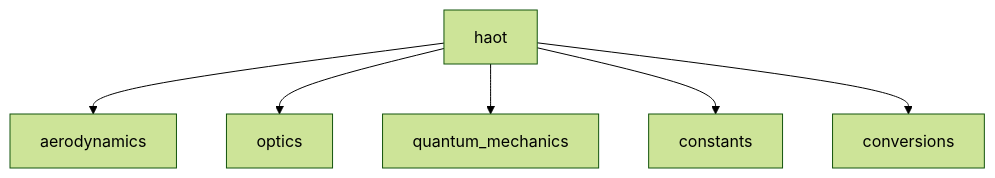
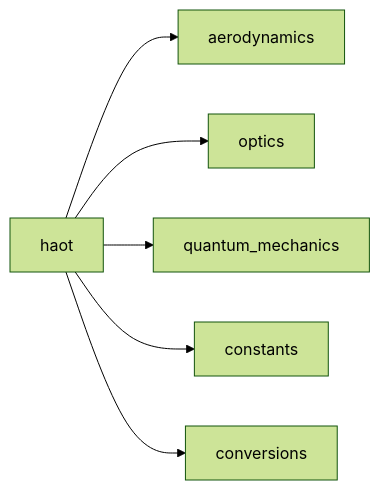
One commit to mliza/HAOT changed the diagram in README.md. Above: the diagram before and after it, drawn with Mermaid (forest theme).

````diff
--- a/README.md
+++ b/README.md
@@ -6,8 +6,8 @@
 ```mermaid
-flowchart TD
+flowchart LR
   haot --> aerodynamics
   haot --> optics
   haot --> quantum_mechanics
   haot --> constants
   haot --> conversions
 ```
````
